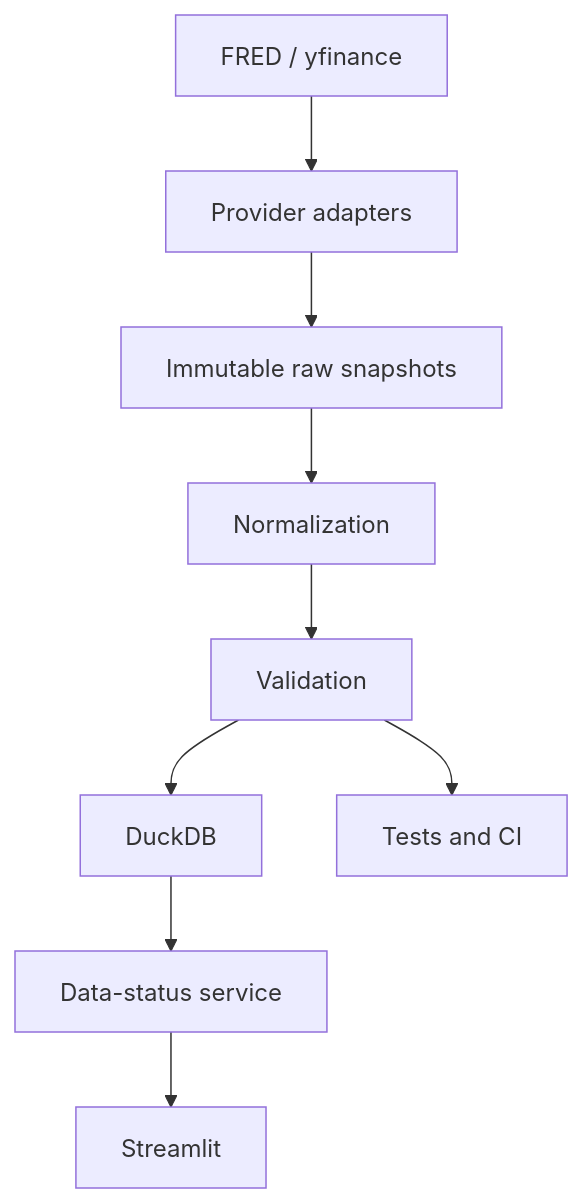
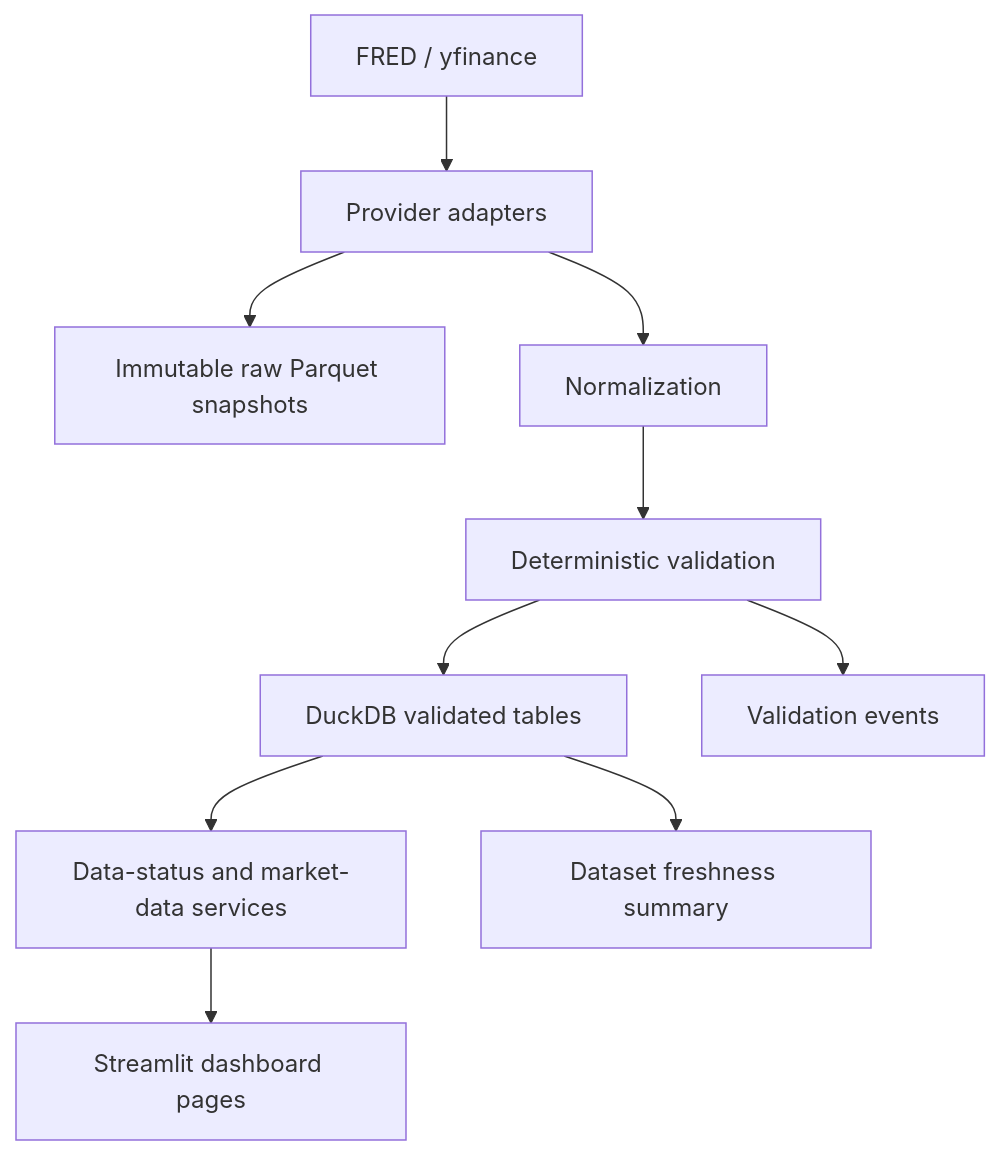
Before and after one commit to Arquo/cross-asset-derivatives-intelligence: the diagram in docs/architecture.md, drawn with Mermaid. The commit also changed other lines of this file and 40 other files, not shown here.

````diff
--- a/docs/architecture.md
+++ b/docs/architecture.md
@@ -5,11 +5,12 @@
 ```mermaid
 graph TD
     A[FRED / yfinance] --> B[Provider adapters]
-    B --> C[Immutable raw snapshots]
-    C --> D[Normalization]
-    D --> E[Validation]
-    E --> F[DuckDB]
-    F --> G[Data-status service]
-    G --> H[Streamlit]
-    E --> I[Tests and CI]
+    B --> C[Immutable raw Parquet snapshots]
+    B --> D[Normalization]
+    D --> E[Deterministic validation]
+    E --> F[DuckDB validated tables]
+    F --> G[Data-status and market-data services]
+    G --> H[Streamlit dashboard pages]
+    E --> I[Validation events]
+    F --> J[Dataset freshness summary]
 ```
````
